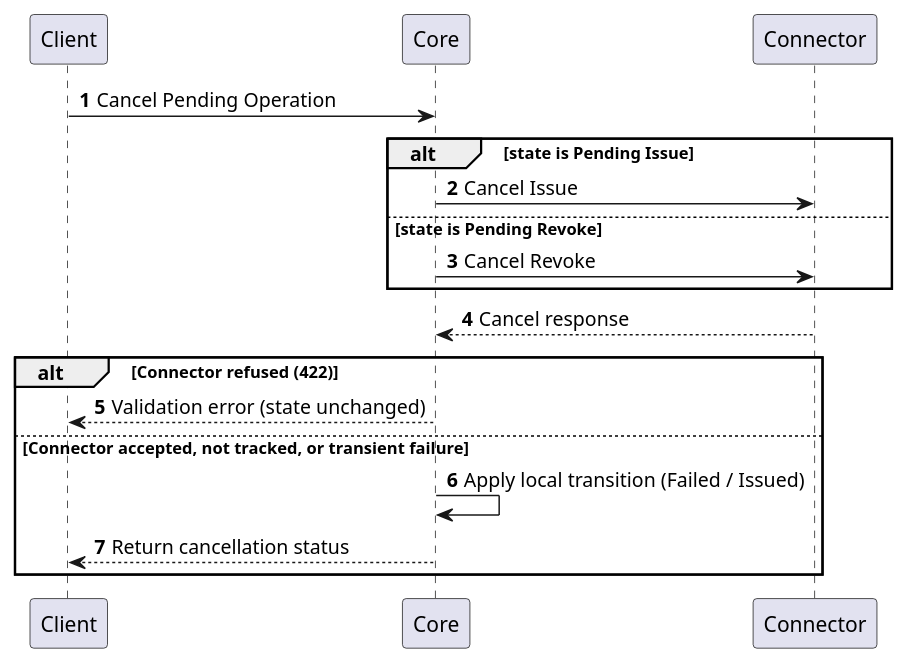
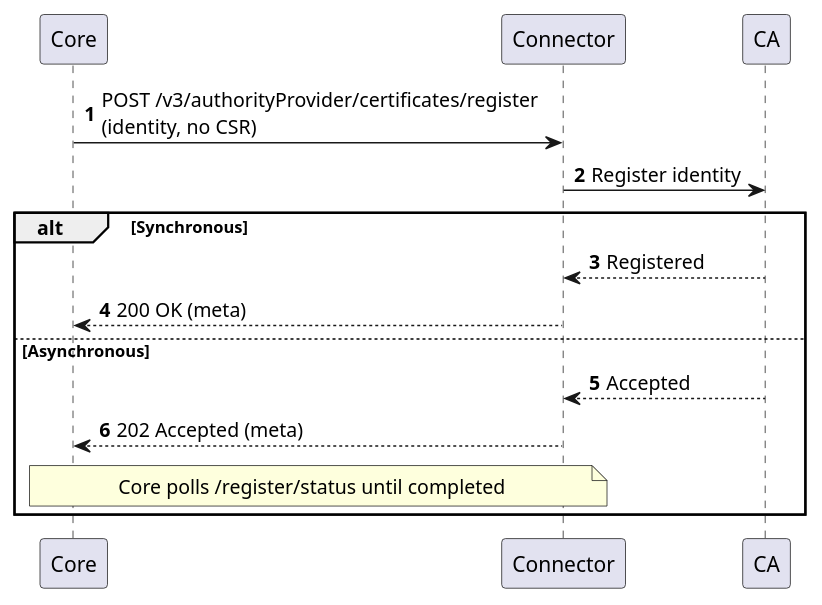
The third of 3 diagrams in docs/certificate-key/connectors/provider-interfaces/authority-provider-v3.md (CZERTAINLY/CZERTAINLY-Documentation), drawn with PlantUML before and after one commit. The commit also changed other lines of this file and 13 other files, not shown here.

````diff
--- a/docs/certificate-key/connectors/provider-interfaces/authority-provider-v3.md
+++ b/docs/certificate-key/connectors/provider-interfaces/authority-provider-v3.md
@@ -300,19 +144,15 @@
 ```plantuml
-    @startuml
-    autonumber
-    skinparam topurl https://docs.otilm.com/api/
-        Client -> Core [[core-client-operations/#tag/v2-Client-Operations/operation/cancelPendingCertificateOperation]]: Cancel Pending Operation
-        alt state is Pending Issue
-            Core -> Connector : Cancel Issue
-        else state is Pending Revoke
-            Core -> Connector : Cancel Revoke
-        end
-        Connector --> Core : Cancel response
-        alt Connector refused (422)
-            Core --> Client : Validation error (state unchanged)
-        else Connector accepted, not tracked, or transient failure
-            Core -> Core : Apply local transition (Failed / Issued)
-            Core --> Client : Return cancellation status
-        end
-    @enduml
+@startuml
+autonumber
+Core -> Connector : POST /v3/authorityProvider/certificates/register\n(identity, no CSR)
+Connector -> CA : Register identity
+alt Synchronous
+  CA --> Connector : Registered
+  Connector --> Core : 200 OK (meta)
+else Asynchronous
+  CA --> Connector : Accepted
+  Connector --> Core : 202 Accepted (meta)
+  note over Core, Connector : Core polls /register/status until completed
+end
+@enduml
 ```
````
